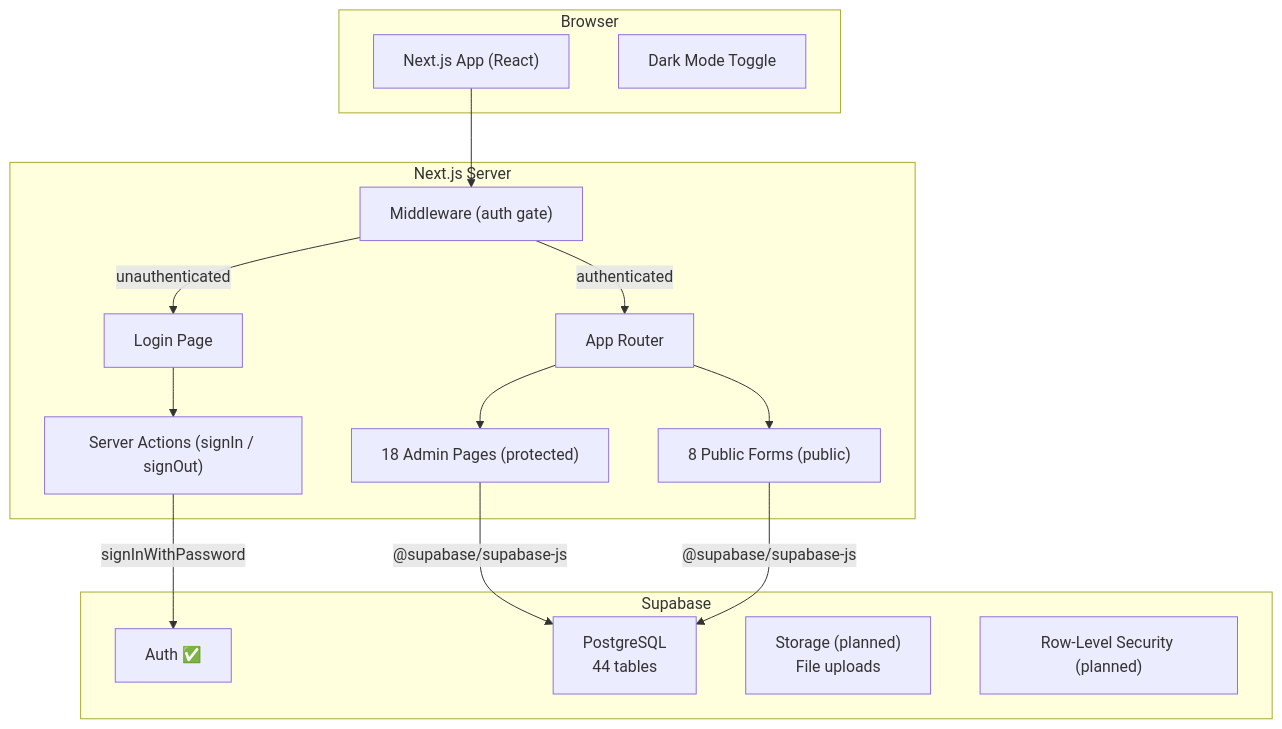
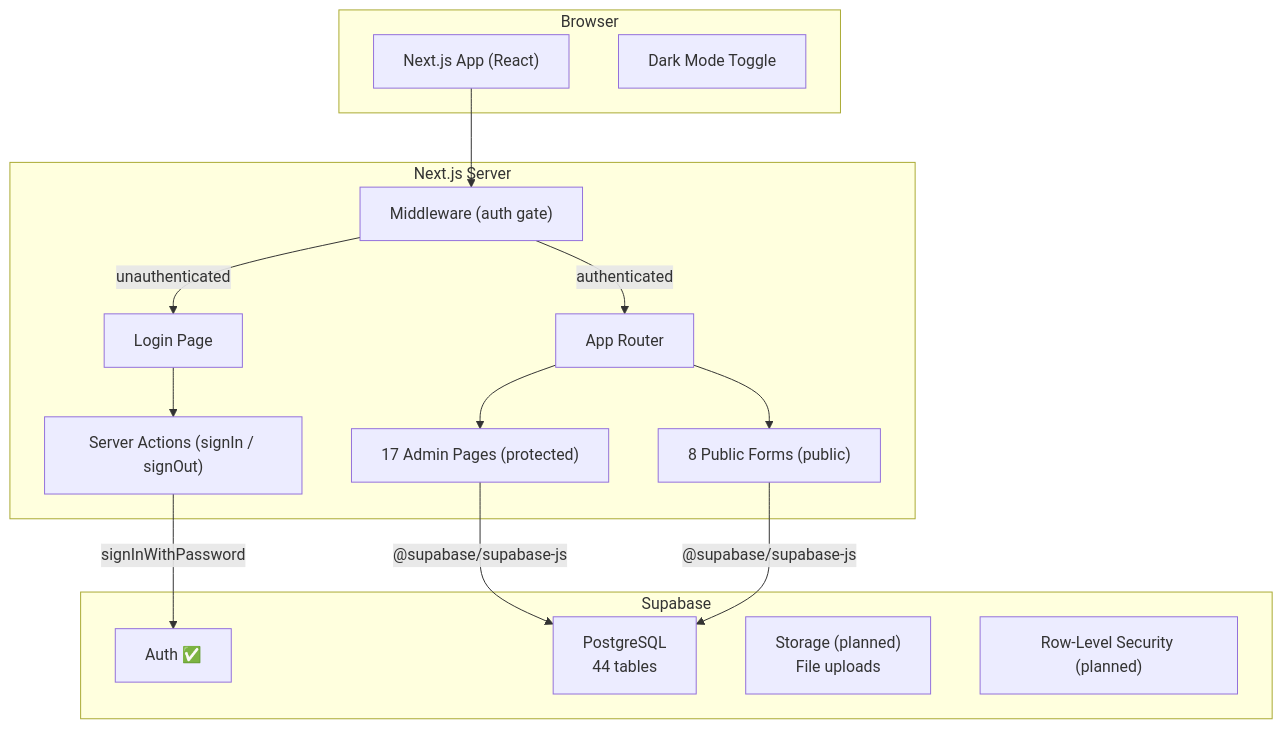
The first of 5 diagrams in docs/ARCHITECTURE.md (AIXMOS537/TMMT), drawn with Mermaid before and after one commit. The commit also changed 2 other files, not shown here.

Commit message:
docs: explain business context and workflow value across README, STATUS, ARCHITECTURE

````diff
--- a/docs/ARCHITECTURE.md
+++ b/docs/ARCHITECTURE.md
@@ -17,33 +17,33 @@
 ```mermaid
 graph TB
     subgraph Client["Browser"]
         UI["Next.js App (React)"]
         Toggle["Dark Mode Toggle"]
     end
 
     subgraph Server["Next.js Server"]
         Middleware["Middleware (auth gate)"]
         AppRouter["App Router"]
-        AdminPages["18 Admin Pages (protected)"]
+        AdminPages["17 Admin Pages (protected)"]
         Forms["8 Public Forms (public)"]
         LoginPage["Login Page"]
         ServerActions["Server Actions (signIn / signOut)"]
     end
 
     subgraph Backend["Supabase"]
         Auth["Auth ✅"]
         DB["PostgreSQL<br/>44 tables"]
         Storage["Storage (planned)<br/>File uploads"]
         RLS["Row-Level Security (planned)"]
     end
 
     UI --> Middleware
     Middleware -->|"authenticated"| AppRouter
     Middleware -->|"unauthenticated"| LoginPage
     AppRouter --> AdminPages
     AppRouter --> Forms
     LoginPage --> ServerActions
     ServerActions -->|"signInWithPassword"| Auth
     AdminPages -->|"@supabase/supabase-js"| DB
     Forms -->|"@supabase/supabase-js"| DB
 ```
````
